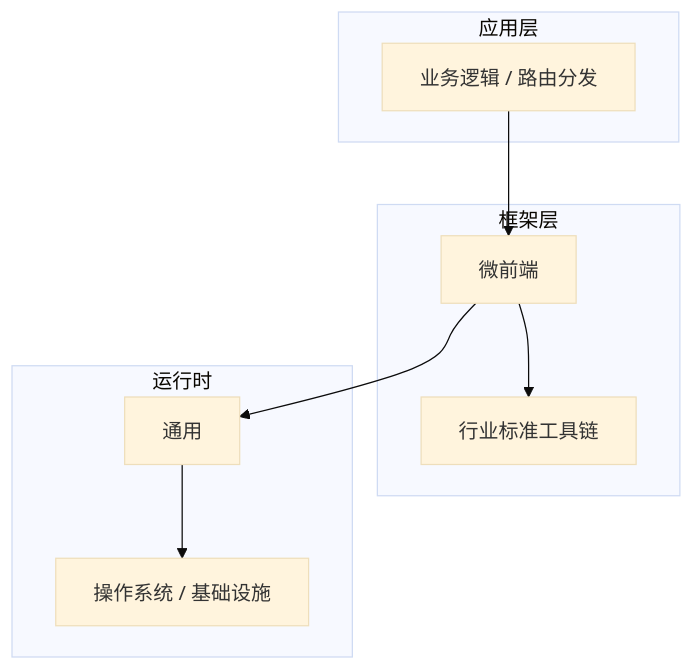
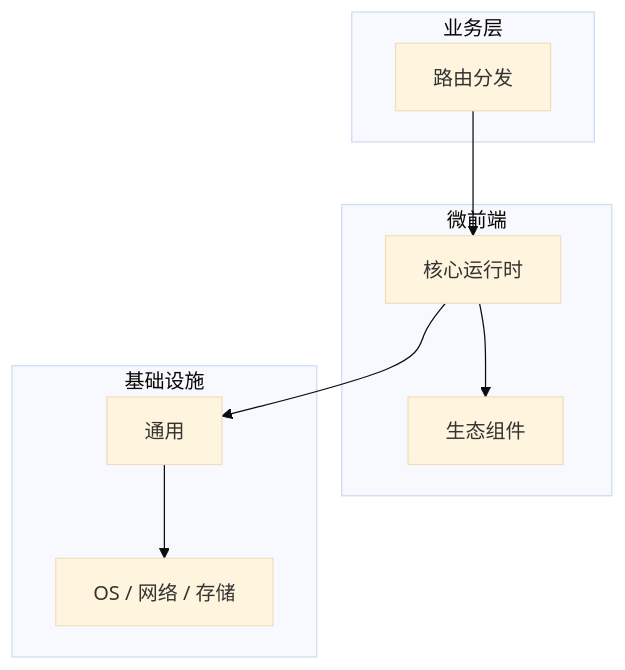
Before and after one commit to yanggan2015/knowledge-json-v2: the diagram in articles/微前端/chapters/055-路由分发核心概念与原理.md, drawn with Mermaid (base theme). The commit also changed other lines of this file and 10127 other files, not shown here.

````diff
--- a/articles/微前端/chapters/055-路由分发核心概念与原理.md
+++ b/articles/微前端/chapters/055-路由分发核心概念与原理.md
@@ -45,18 +34,18 @@
 ```mermaid
 graph TB
-    subgraph 应用层
-        A[业务逻辑 / 路由分发]
+    subgraph 业务层
+        A[路由分发]
     end
-    subgraph 框架层
-        B[微前端]
-        C[行业标准工具链]
+    subgraph 微前端
+        B[核心运行时]
+        C[生态组件]
     end
-    subgraph 运行时
+    subgraph 基础设施
         D[通用]
-        E[操作系统 / 基础设施]
+        E[OS / 网络 / 存储]
     end
     A --> B
     B --> C
     B --> D
     D --> E
 ```
````
